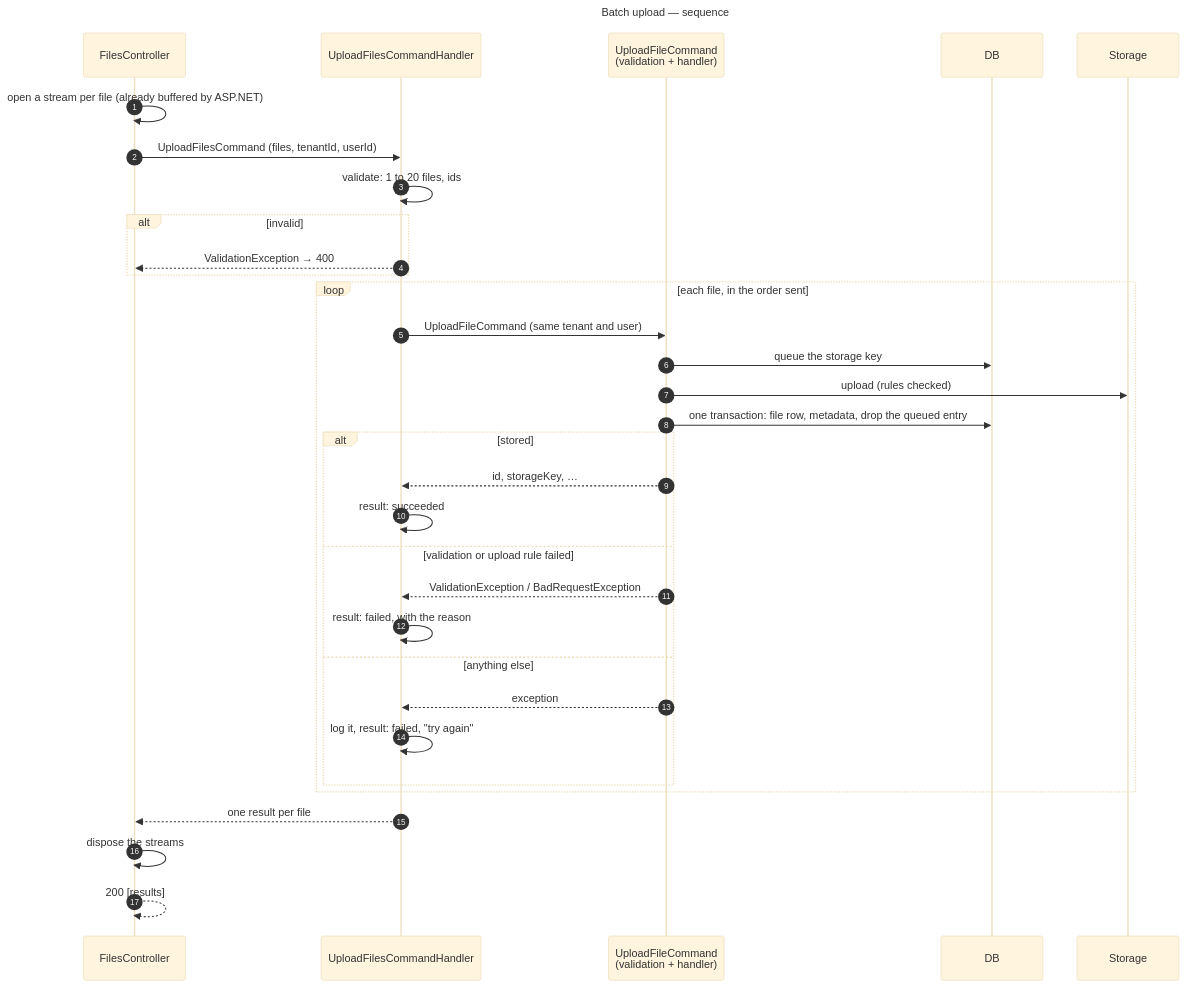
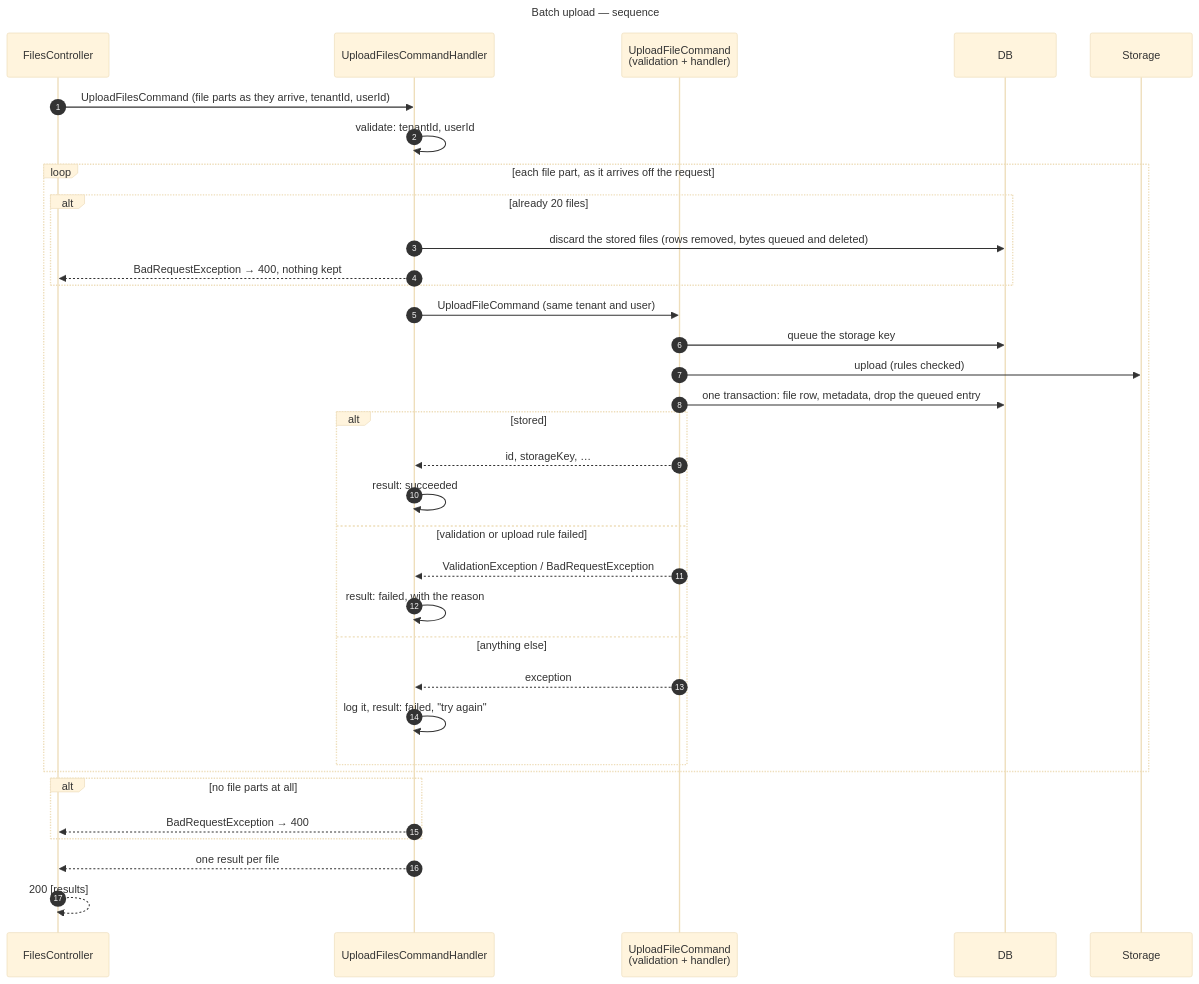
The fourth of 14 diagrams in docs/sequence-diagrams.md (gmetskhvarishvili/GM.FileStorage.Samples), drawn with Mermaid (base theme) before and after one commit. The commit also changed other lines of this file and 15 other files, not shown here.

````diff
--- a/docs/sequence-diagrams.md
+++ b/docs/sequence-diagrams.md
@@ -138,38 +150,40 @@
 ```mermaid
 ---
 title: Batch upload — sequence
 ---
 sequenceDiagram
     autonumber
     participant C as FilesController
     participant B as UploadFilesCommandHandler
     participant U as UploadFileCommand<br/>(validation + handler)
     participant DB
     participant S as Storage
 
-    C->>C: open a stream per file (already buffered by ASP.NET)
-    C->>B: UploadFilesCommand (files, tenantId, userId)
-    B->>B: validate: 1 to 20 files, ids
-    alt invalid
-        B-->>C: ValidationException → 400
-    end
-    loop each file, in the order sent
+    C->>B: UploadFilesCommand (file parts as they arrive, tenantId, userId)
+    B->>B: validate: tenantId, userId
+    loop each file part, as it arrives off the request
+        alt already 20 files
+            B->>DB: discard the stored files (rows removed, bytes queued and deleted)
+            B-->>C: BadRequestException → 400, nothing kept
+        end
         B->>U: UploadFileCommand (same tenant and user)
         U->>DB: queue the storage key
         U->>S: upload (rules checked)
         U->>DB: one transaction: file row, metadata, drop the queued entry
         alt stored
             U-->>B: id, storageKey, …
             B->>B: result: succeeded
         else validation or upload rule failed
             U-->>B: ValidationException / BadRequestException
             B->>B: result: failed, with the reason
         else anything else
             U-->>B: exception
             B->>B: log it, result: failed, "try again"
         end
     end
+    alt no file parts at all
+        B-->>C: BadRequestException → 400
+    end
     B-->>C: one result per file
-    C->>C: dispose the streams
     C-->>C: 200 [results]
 ```
````
